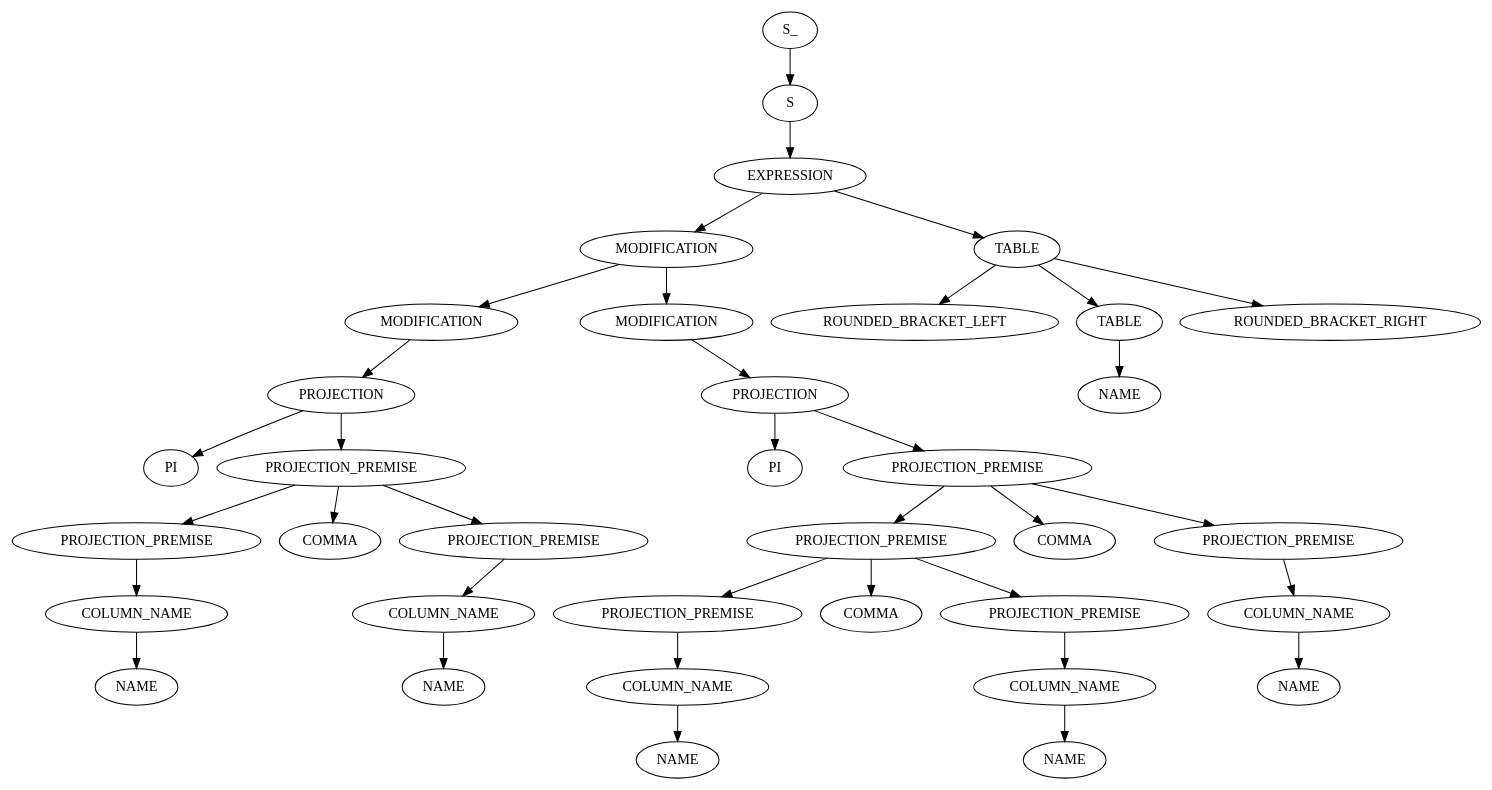
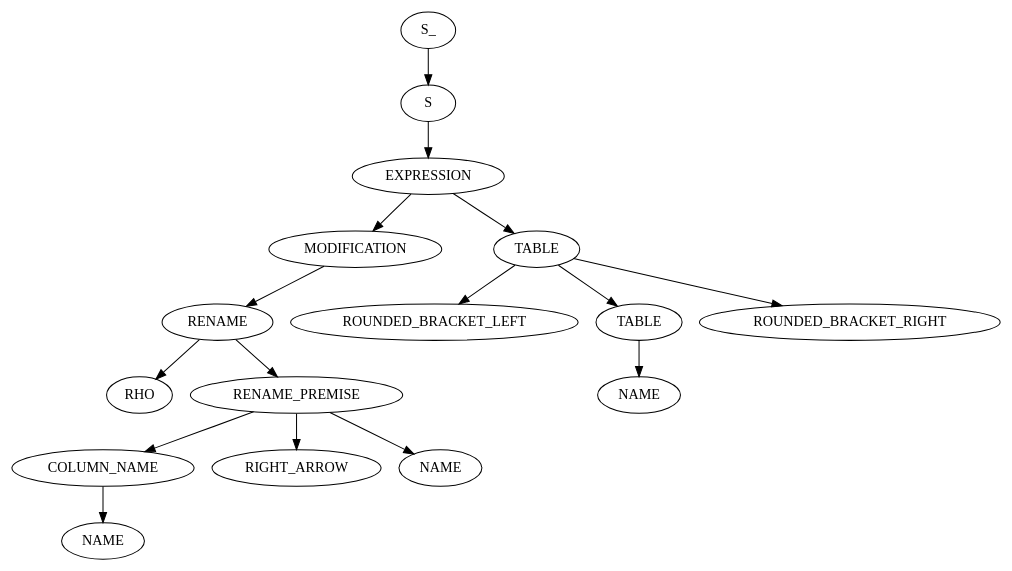
Before and after one commit to RobbeNooyens/RATSQL: the diagram in output/out.dot, drawn with Graphviz. The commit also changed 7 other files, not shown here.

```diff
--- a/output/out.dot
+++ b/output/out.dot
@@ -1,73 +1,33 @@
 digraph ParseTree {
   0 [label="S_"];
   0 -> 1
   1 [label="S"];
   1 -> 2
   2 [label="EXPRESSION"];
   2 -> 3
   3 [label="MODIFICATION"];
   3 -> 4
-  4 [label="MODIFICATION"];
+  4 [label="RENAME"];
   4 -> 5
-  5 [label="PROJECTION"];
-  5 -> 6
-  6 [label="PI"];
-  5 -> 7
-  7 [label="PROJECTION_PREMISE"];
+  5 [label="RHO"];
+  4 -> 6
+  6 [label="RENAME_PREMISE"];
+  6 -> 7
+  7 [label="COLUMN_NAME"];
   7 -> 8
-  8 [label="PROJECTION_PREMISE"];
-  8 -> 9
-  9 [label="COLUMN_NAME"];
-  9 -> 10
+  8 [label="NAME"];
+  6 -> 9
+  9 [label="RIGHT_ARROW"];
+  6 -> 10
   10 [label="NAME"];
-  7 -> 11
-  11 [label="COMMA"];
-  7 -> 12
-  12 [label="PROJECTION_PREMISE"];
-  12 -> 13
-  13 [label="COLUMN_NAME"];
+  2 -> 11
+  11 [label="TABLE"];
+  11 -> 12
+  12 [label="ROUNDED_BRACKET_LEFT"];
+  11 -> 13
+  13 [label="TABLE"];
   13 -> 14
   14 [label="NAME"];
-  3 -> 15
-  15 [label="MODIFICATION"];
-  15 -> 16
-  16 [label="PROJECTION"];
-  16 -> 17
-  17 [label="PI"];
-  16 -> 18
-  18 [label="PROJECTION_PREMISE"];
-  18 -> 19
-  19 [label="PROJECTION_PREMISE"];
-  19 -> 20
-  20 [label="PROJECTION_PREMISE"];
-  20 -> 21
-  21 [label="COLUMN_NAME"];
-  21 -> 22
-  22 [label="NAME"];
-  19 -> 23
-  23 [label="COMMA"];
-  19 -> 24
-  24 [label="PROJECTION_PREMISE"];
-  24 -> 25
-  25 [label="COLUMN_NAME"];
-  25 -> 26
-  26 [label="NAME"];
-  18 -> 27
-  27 [label="COMMA"];
-  18 -> 28
-  28 [label="PROJECTION_PREMISE"];
-  28 -> 29
-  29 [label="COLUMN_NAME"];
-  29 -> 30
-  30 [label="NAME"];
-  2 -> 31
-  31 [label="TABLE"];
-  31 -> 32
-  32 [label="ROUNDED_BRACKET_LEFT"];
-  31 -> 33
-  33 [label="TABLE"];
-  33 -> 34
-  34 [label="NAME"];
-  31 -> 35
-  35 [label="ROUNDED_BRACKET_RIGHT"];
+  11 -> 15
+  15 [label="ROUNDED_BRACKET_RIGHT"];
 }
```
